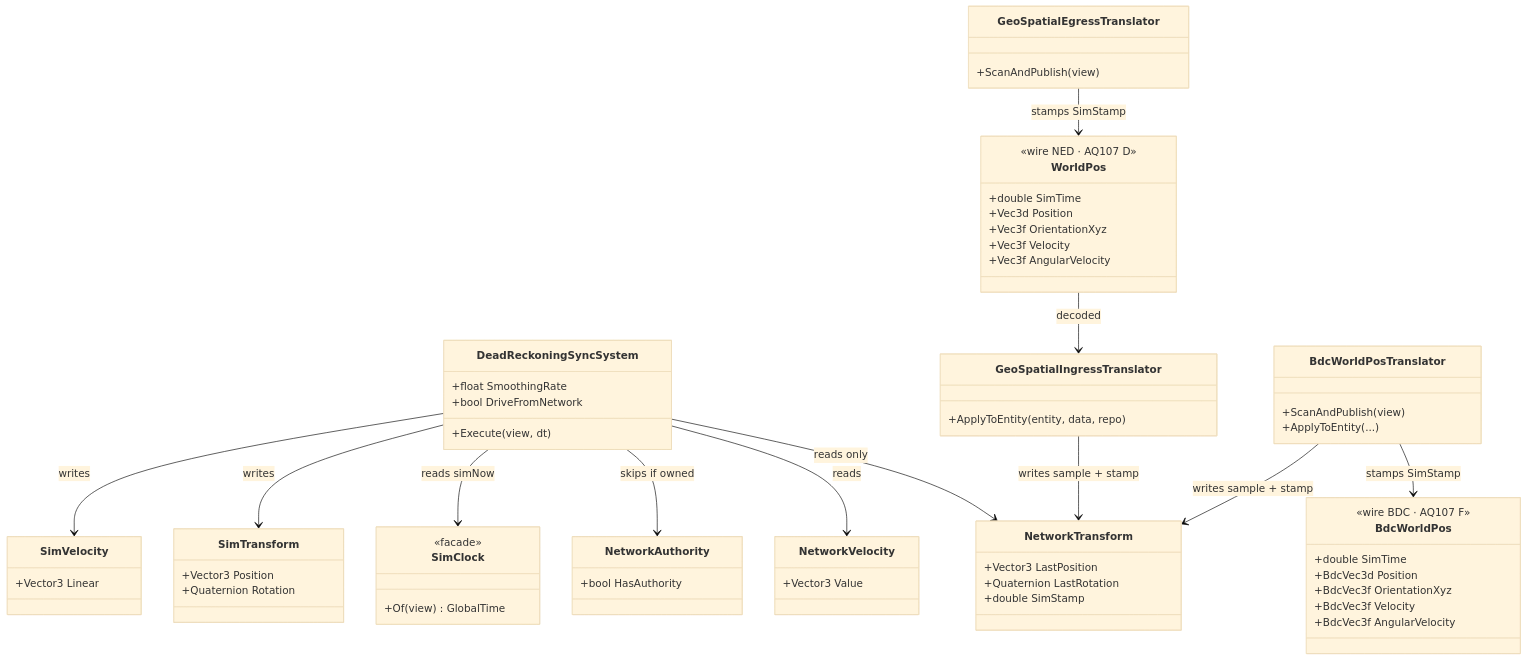
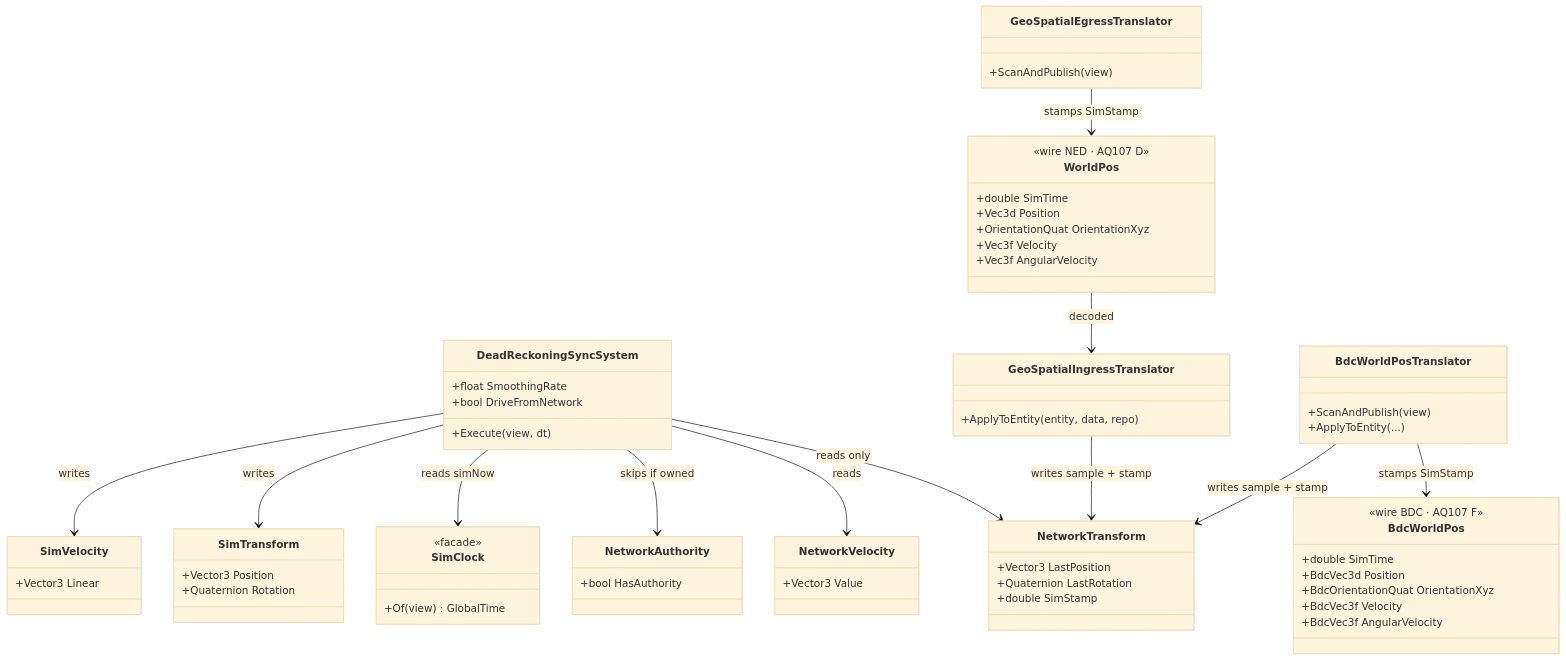
One commit to pjanec/HROT changed the first of 4 diagrams in docs/DESIGN_Dead_Reckoning.md. Above: the diagram before and after it, drawn with Mermaid (base theme). The commit also changed 15 other files, not shown here.

````diff
--- a/docs/DESIGN_Dead_Reckoning.md
+++ b/docs/DESIGN_Dead_Reckoning.md
@@ -75,68 +75,68 @@
 ```mermaid
 classDiagram
     class SimTransform {
         +Vector3 Position
         +Quaternion Rotation
     }
     class SimVelocity {
         +Vector3 Linear
     }
     class NetworkTransform {
         +Vector3 LastPosition
         +Quaternion LastRotation
         +double SimStamp
     }
     class NetworkVelocity {
         +Vector3 Value
     }
     class NetworkAuthority {
         +bool HasAuthority
     }
     class DeadReckoningSyncSystem {
         +float SmoothingRate
         +bool DriveFromNetwork
         +Execute(view, dt)
     }
     class WorldPos {
         <<wire NED · AQ107 D>>
         +double SimTime
         +Vec3d Position
-        +Vec3f OrientationXyz
+        +OrientationQuat OrientationXyz
         +Vec3f Velocity
         +Vec3f AngularVelocity
     }
     class BdcWorldPos {
         <<wire BDC · AQ107 F>>
         +double SimTime
         +BdcVec3d Position
-        +BdcVec3f OrientationXyz
+        +BdcOrientationQuat OrientationXyz
         +BdcVec3f Velocity
         +BdcVec3f AngularVelocity
     }
     class GeoSpatialEgressTranslator {
         +ScanAndPublish(view)
     }
     class GeoSpatialIngressTranslator {
         +ApplyToEntity(entity, data, repo)
     }
     class BdcWorldPosTranslator {
         +ScanAndPublish(view)
         +ApplyToEntity(...)
     }
     class SimClock {
         <<facade>>
         +Of(view) GlobalTime
     }
 
     GeoSpatialEgressTranslator --> WorldPos : stamps SimStamp
     BdcWorldPosTranslator --> BdcWorldPos : stamps SimStamp
     WorldPos --> GeoSpatialIngressTranslator : decoded
     GeoSpatialIngressTranslator --> NetworkTransform : writes sample + stamp
     BdcWorldPosTranslator --> NetworkTransform : writes sample + stamp
     DeadReckoningSyncSystem --> NetworkTransform : reads only
     DeadReckoningSyncSystem --> NetworkVelocity : reads
     DeadReckoningSyncSystem --> NetworkAuthority : skips if owned
     DeadReckoningSyncSystem --> SimClock : reads simNow
     DeadReckoningSyncSystem --> SimTransform : writes
     DeadReckoningSyncSystem --> SimVelocity : writes
 ```
````
